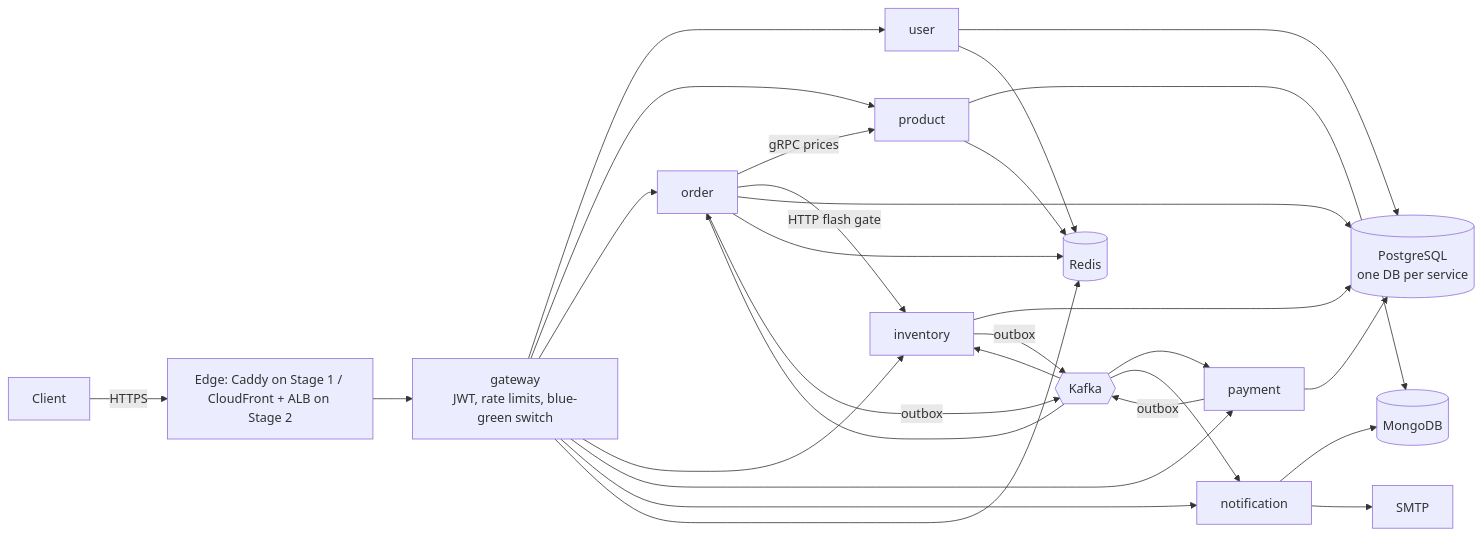
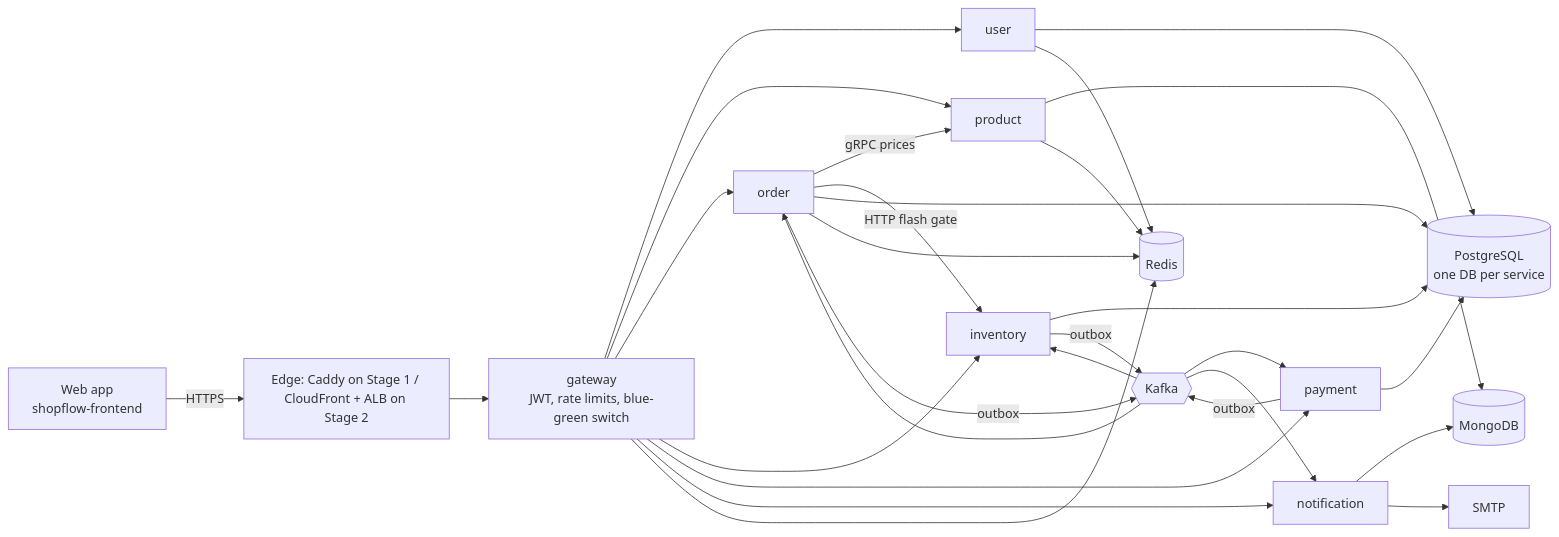
One commit to niravparmar197/shopflow changed the diagram in README.md. Above: the diagram before and after it, drawn with Mermaid. The commit also changed other lines of this file, not shown here.

First line of the commit message:
docs: README for the full local stack, admin + stock setup, web app section

````diff
--- a/README.md
+++ b/README.md
@@ -7,14 +9,14 @@
 ```mermaid
 flowchart LR
-  C[Client] -->|HTTPS| E[Edge: Caddy on Stage 1 / CloudFront + ALB on Stage 2]
+  C[Web app<br/>shopflow-frontend] -->|HTTPS| E[Edge: Caddy on Stage 1 / CloudFront + ALB on Stage 2]
   E --> G[gateway<br/>JWT, rate limits, blue-green switch]
   G --> U[user] & P[product] & O[order] & I[inventory] & PAY[payment] & N[notification]
   O -- gRPC prices --> P
   O -- HTTP flash gate --> I
   U & O & I & PAY --> PG[(PostgreSQL<br/>one DB per service)]
   P & N --> M[(MongoDB)]
   G & O & U & P --> R[(Redis)]
   O & I & PAY -- outbox --> K{{Kafka}}
   K --> O & I & PAY & N
   N --> MAIL[SMTP]
 ```
````
